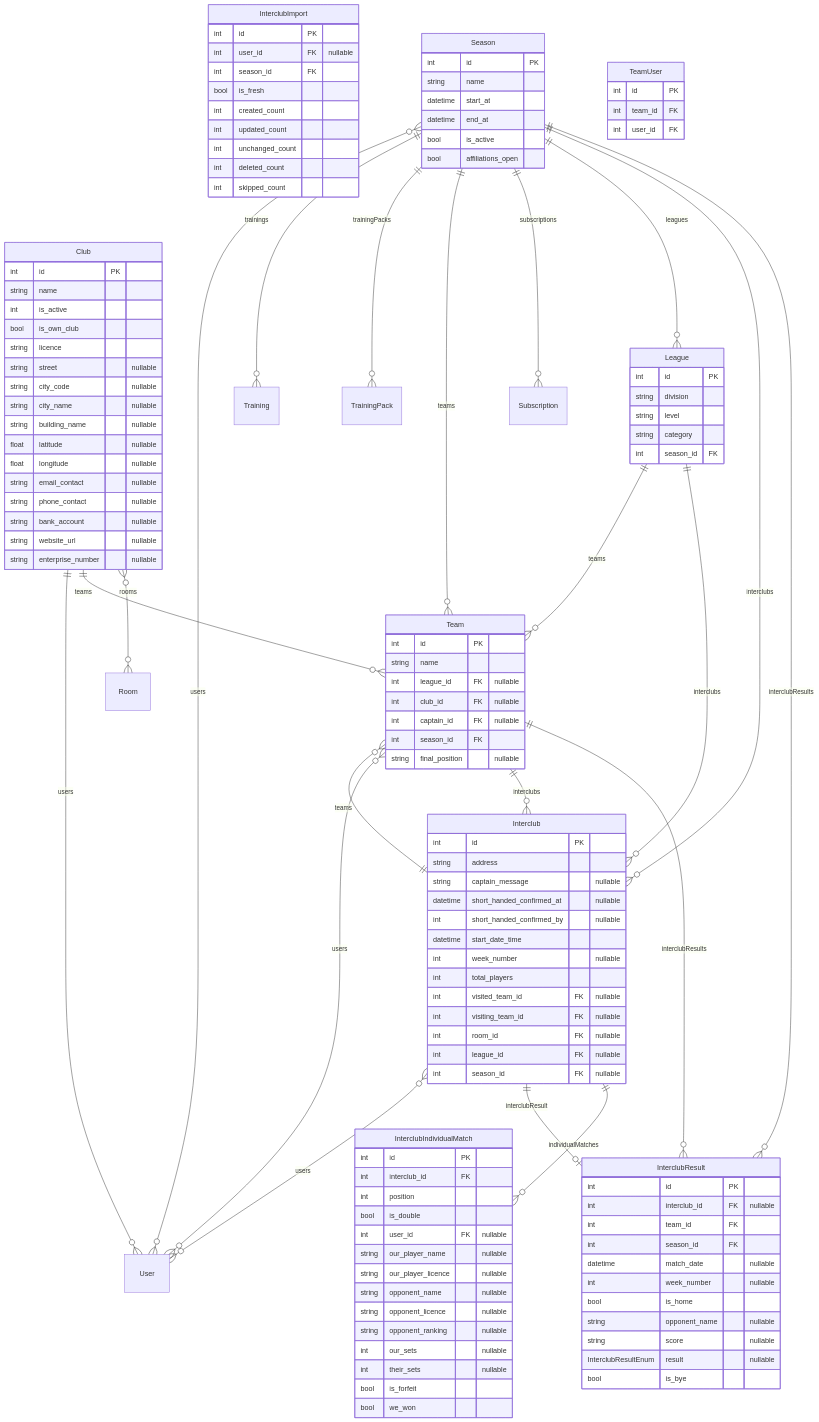
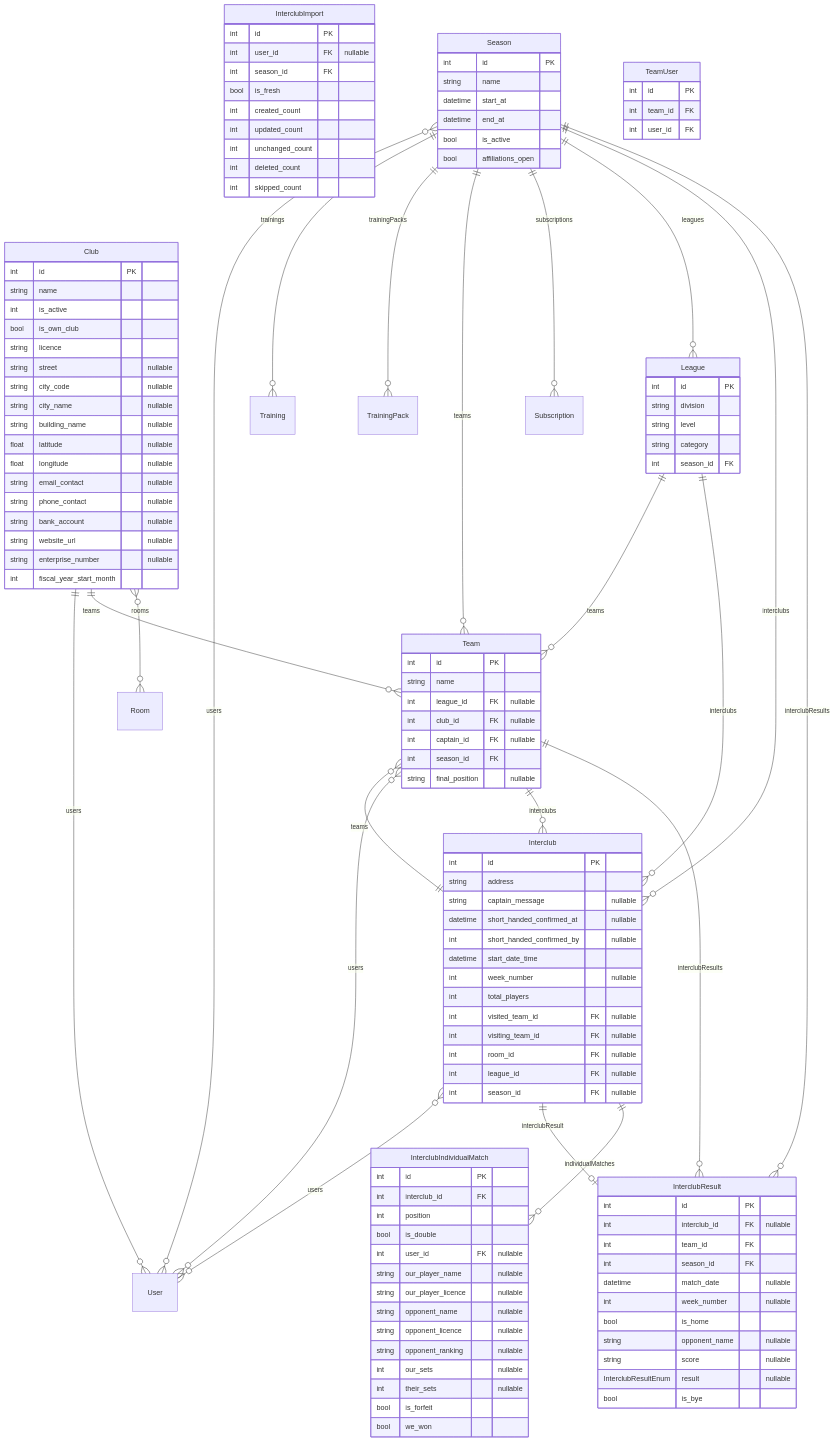
Before and after one commit to Paupoo/tabletennisclub-app: the diagram in docs/erd/competitions-interclub.md, drawn with Mermaid. The commit also changed 5 other files, not shown here.

Commit message:
docs(erd): regenerate for bank accounts, supporting documents and financial exports

```diff
--- a/docs/erd/competitions-interclub.md
+++ b/docs/erd/competitions-interclub.md
@@ -19,6 +19,7 @@
         string bank_account "nullable"
         string website_url "nullable"
         string enterprise_number "nullable"
+        int fiscal_year_start_month
     }
     Interclub {
         int id PK
```
